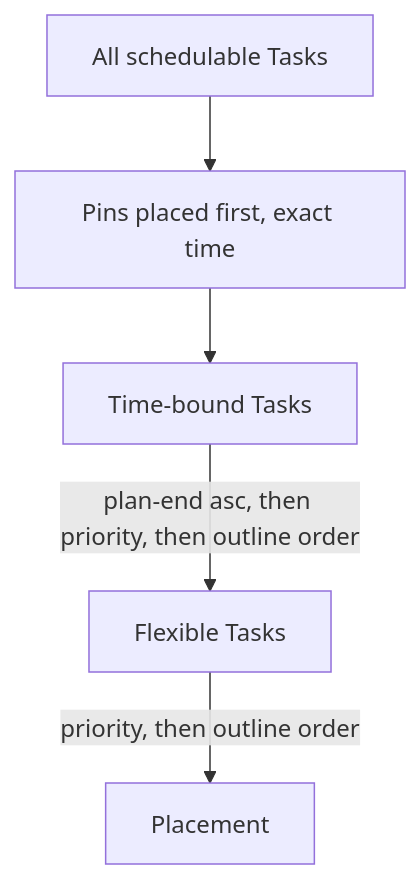
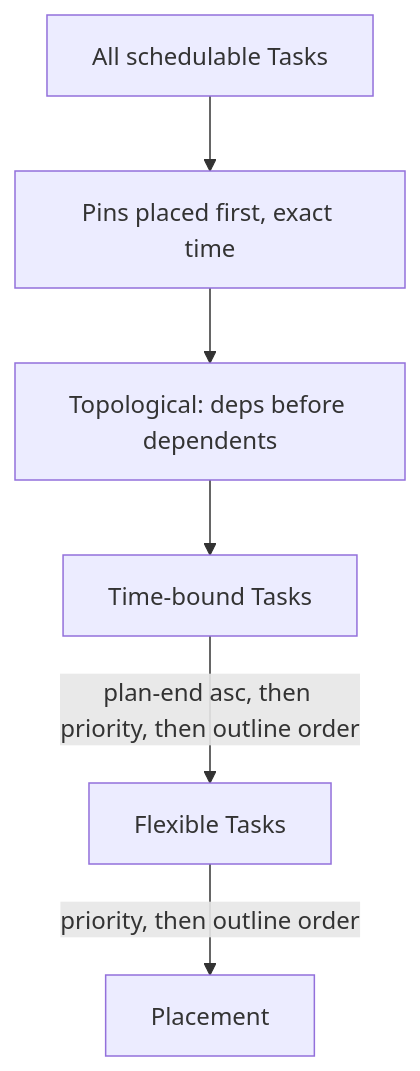
One commit to aries1980/lodo changed the diagram in docs/content/specs/scheduling.md. Above: the diagram before and after it, drawn with Mermaid. The commit also changed other lines of this file and 21 other files, not shown here.

````diff
--- a/docs/content/specs/scheduling.md
+++ b/docs/content/specs/scheduling.md
@@ -26,7 +31,8 @@
 ```mermaid
 flowchart TD
     A[All schedulable Tasks] --> P[Pins placed first, exact time]
-    P --> T[Time-bound Tasks]
+    P --> G[Topological: deps before dependents]
+    G --> T[Time-bound Tasks]
     T -->|plan-end asc, then priority, then outline order| D[Flexible Tasks]
     D -->|priority, then outline order| S[Placement]
 ```
````
